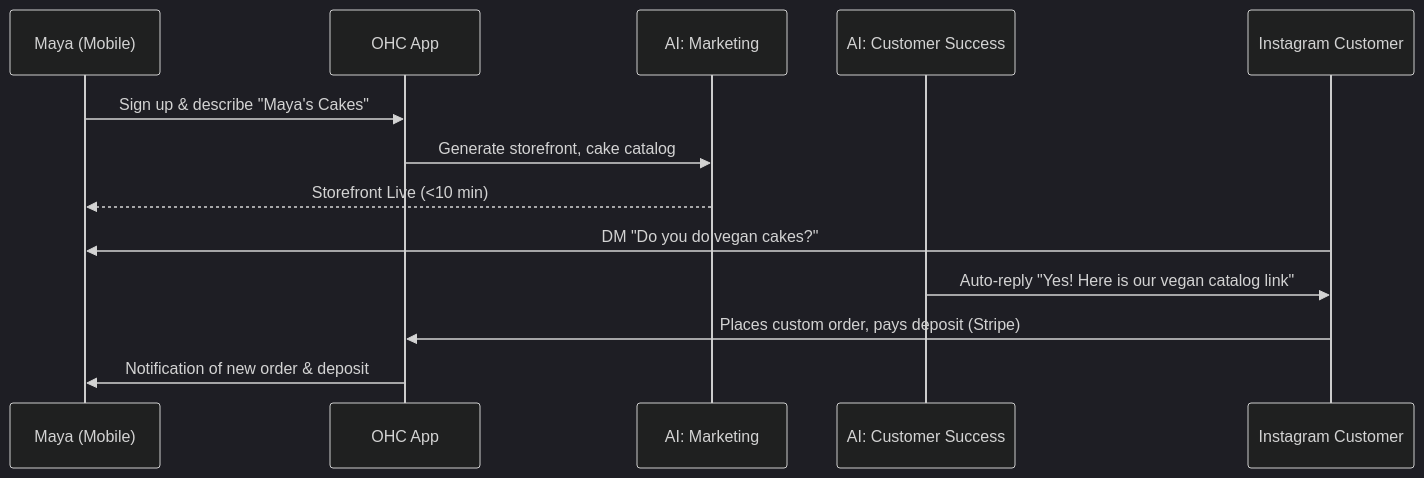
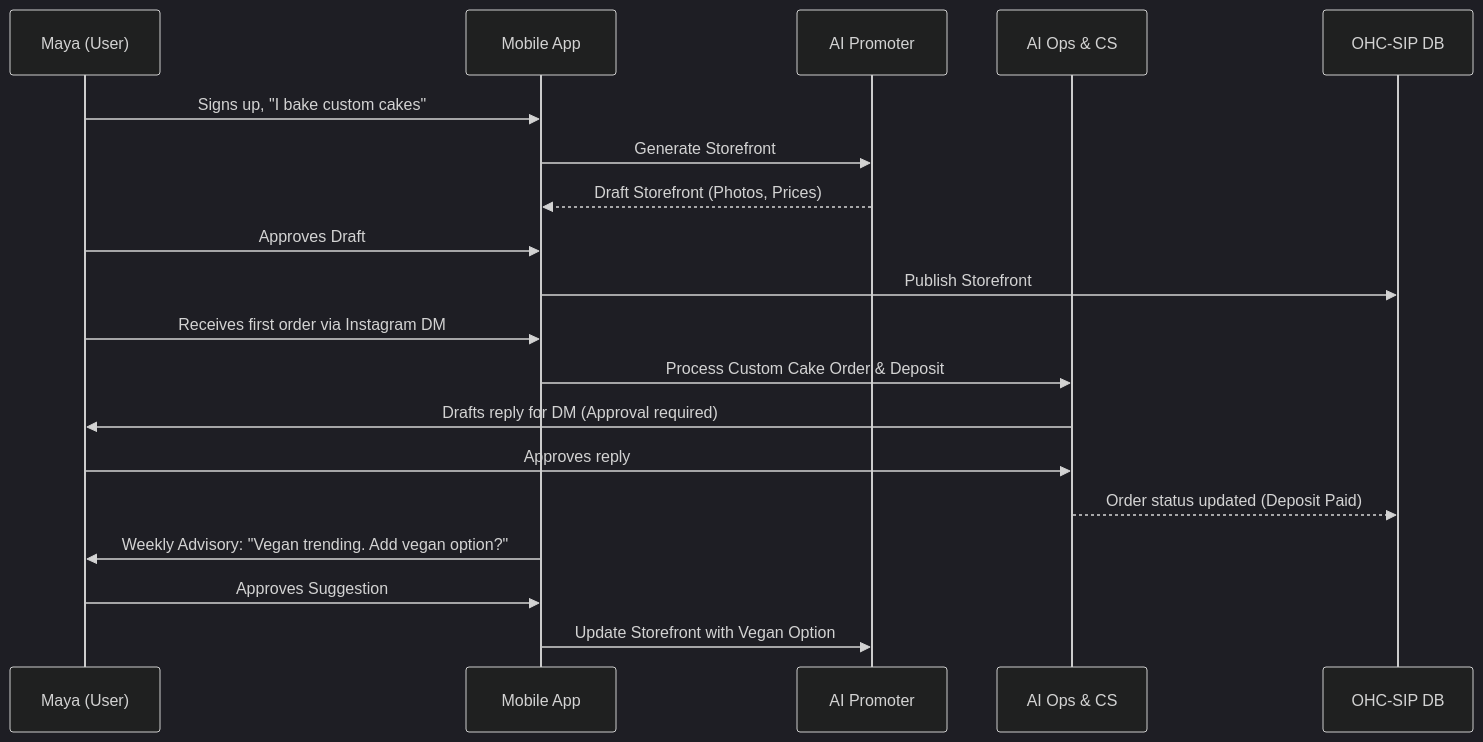
Before and after one commit to omnisolo-llc/onehumancorp: the first of 5 diagrams in .agent-task/report/task_output.md, drawn with Mermaid (dark theme). The commit also changed other lines of this file, not shown here.

First line of the commit message:
Add Business Journey Architecture research report

````diff
--- a/.agent-task/report/task_output.md
+++ b/.agent-task/report/task_output.md
@@ -42,16 +89,27 @@
 ```mermaid
 sequenceDiagram
-    participant Maya as Maya (Mobile)
-    participant OHC as OHC App
-    participant AI_Marketing as AI: Marketing
-    participant AI_CS as AI: Customer Success
-    participant Customer as Instagram Customer
+    participant U as Maya (User)
+    participant App as Mobile App
+    participant AI_P as AI Promoter
+    participant AI_O as AI Ops & CS
+    participant DB as OHC-SIP DB
 
-    Maya->>OHC: Sign up & describe "Maya's Cakes"
-    OHC->>AI_Marketing: Generate storefront, cake catalog
-    AI_Marketing-->>Maya: Storefront Live (<10 min)
-    Customer->>Maya: DM "Do you do vegan cakes?"
-    AI_CS->>Customer: Auto-reply "Yes! Here is our vegan catalog link"
-    Customer->>OHC: Places custom order, pays deposit (Stripe)
-    OHC->>Maya: Notification of new order & deposit
+    %% Acquisition & Onboarding
+    U->>App: Signs up, "I bake custom cakes"
+    App->>AI_P: Generate Storefront
+    AI_P-->>App: Draft Storefront (Photos, Prices)
+    U->>App: Approves Draft
+    App->>DB: Publish Storefront
+
+    %% Activation & Retention
+    U->>App: Receives first order via Instagram DM
+    App->>AI_O: Process Custom Cake Order & Deposit
+    AI_O->>U: Drafts reply for DM (Approval required)
+    U->>AI_O: Approves reply
+    AI_O-->>DB: Order status updated (Deposit Paid)
+
+    %% Advisory & Growth
+    App->>U: Weekly Advisory: "Vegan trending. Add vegan option?"
+    U->>App: Approves Suggestion
+    App->>AI_P: Update Storefront with Vegan Option
 ```
````
